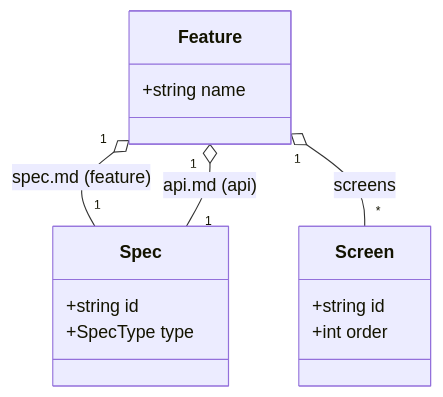
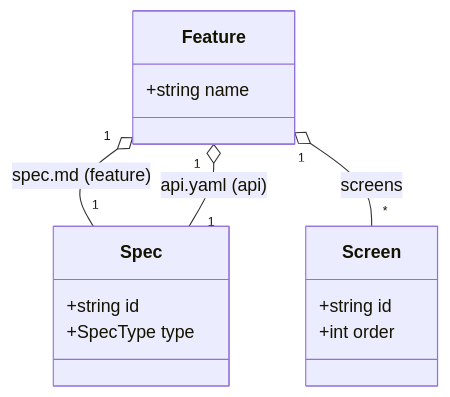
Before and after one commit to FukeKazki/specs-cli: the diagram in specs/domain/models/Feature.md, drawn with Mermaid. The commit also changed other lines of this file and 78 other files, not shown here.

First line of the commit message:
feat: API仕様をOpenAPI(api.yaml)化し、server/distをgitignore

````diff
--- a/specs/domain/models/Feature.md
+++ b/specs/domain/models/Feature.md
@@ -21,20 +21,20 @@
 ```mermaid
 classDiagram
     class Feature {
         +string name
     }
 
     class Spec {
         +string id
         +SpecType type
     }
 
     class Screen {
         +string id
         +int order
     }
 
     Feature "1" o-- "1" Spec : spec.md (feature)
-    Feature "1" o-- "1" Spec : api.md (api)
+    Feature "1" o-- "1" Spec : api.yaml (api)
     Feature "1" o-- "*" Screen : screens
 ```
````
